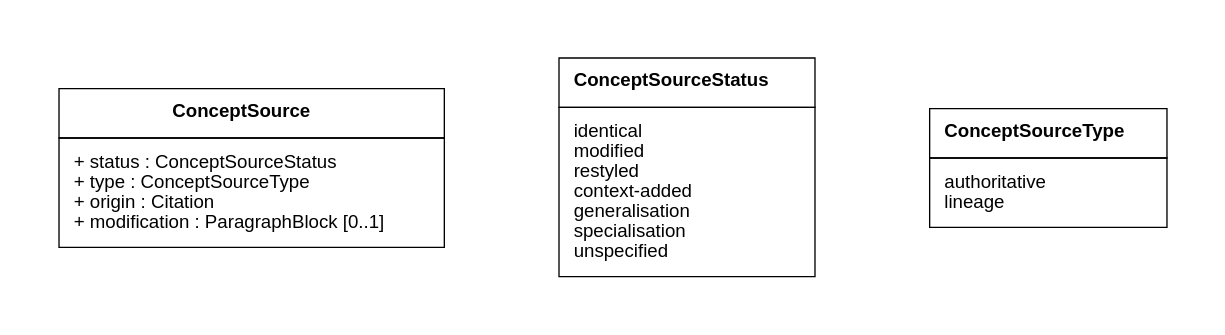
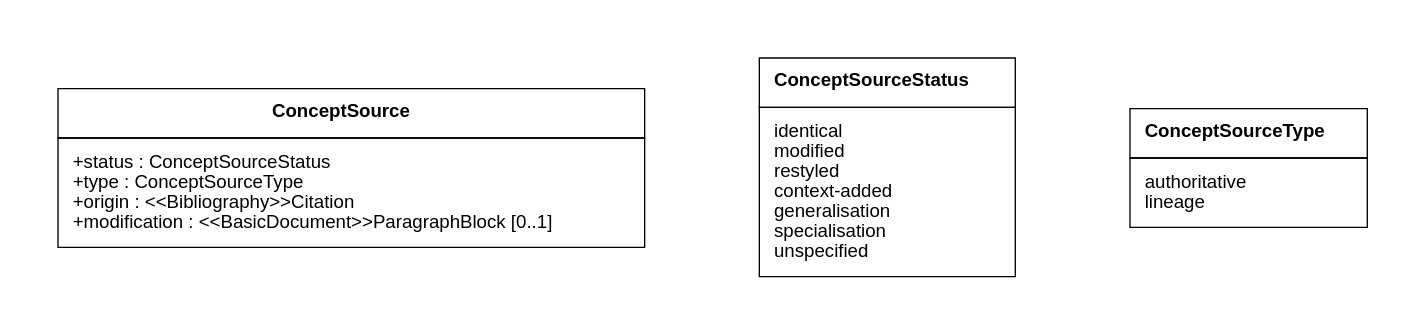
Before and after one commit to glossarist/concept-model: the diagram in lutaml/ConceptSource.dot, drawn with Graphviz. The commit also changed 7 other files, not shown here.

```diff
--- a/lutaml/ConceptSource.dot
+++ b/lutaml/ConceptSource.dot
@@ -1,68 +1,68 @@
 digraph G {
   graph [splines="ortho" pad=0.5 ranksep="1.2.equally" nodesep="1.2.equally"]
   edge [color="gray50"]
   node [shape="box" fontname="Helvetica-bold"]
 
   ConceptSource [shape="plain" fontname="Helvetica" label=<
     <TABLE BORDER="0" CELLBORDER="1" CELLSPACING="0" CELLPADDING="10">
     <TR>
     <TD><B>ConceptSource</B></TD>
   </TR>
   
   <TR>
     <TD>
           <TABLE BORDER="0" CELLPADDING="0" CELLSPACING="0">
-            <TR><TD ALIGN="LEFT">+ status : ConceptSourceStatus </TD></TR>
-            <TR><TD ALIGN="LEFT">+ type : ConceptSourceType </TD></TR>
-            <TR><TD ALIGN="LEFT">+ origin : Citation </TD></TR>
-            <TR><TD ALIGN="LEFT">+ modification : ParagraphBlock &#91;0..1&#93;</TD></TR>
+            <TR><TD ALIGN="LEFT">+status : ConceptSourceStatus </TD></TR>
+            <TR><TD ALIGN="LEFT">+type : ConceptSourceType </TD></TR>
+            <TR><TD ALIGN="LEFT">+origin : &#60;&#60;Bibliography&#62;&#62;Citation </TD></TR>
+            <TR><TD ALIGN="LEFT">+modification : &#60;&#60;BasicDocument&#62;&#62;ParagraphBlock &#91;0..1&#93;</TD></TR>
           </TABLE>
         </TD>
   </TR>
   
   </TABLE>
   >]
   
   ConceptSourceStatus [shape="plain" fontname="Helvetica" label=<
     <TABLE BORDER="0" CELLBORDER="1" CELLSPACING="0" CELLPADDING="10">
     <TR>
     <TD><B>ConceptSourceStatus</B></TD>
   </TR>
   
   <TR>
     <TD>
           <TABLE BORDER="0" CELLPADDING="0" CELLSPACING="0">
-            <TR><TD ALIGN="LEFT"> identical</TD></TR>
-            <TR><TD ALIGN="LEFT"> modified</TD></TR>
-            <TR><TD ALIGN="LEFT"> restyled</TD></TR>
-            <TR><TD ALIGN="LEFT"> context-added</TD></TR>
-            <TR><TD ALIGN="LEFT"> generalisation</TD></TR>
-            <TR><TD ALIGN="LEFT"> specialisation</TD></TR>
-            <TR><TD ALIGN="LEFT"> unspecified</TD></TR>
+            <TR><TD ALIGN="LEFT">identical</TD></TR>
+            <TR><TD ALIGN="LEFT">modified</TD></TR>
+            <TR><TD ALIGN="LEFT">restyled</TD></TR>
+            <TR><TD ALIGN="LEFT">context-added</TD></TR>
+            <TR><TD ALIGN="LEFT">generalisation</TD></TR>
+            <TR><TD ALIGN="LEFT">specialisation</TD></TR>
+            <TR><TD ALIGN="LEFT">unspecified</TD></TR>
           </TABLE>
         </TD>
   </TR>
   
   </TABLE>
   >]
   
   ConceptSourceType [shape="plain" fontname="Helvetica" label=<
     <TABLE BORDER="0" CELLBORDER="1" CELLSPACING="0" CELLPADDING="10">
     <TR>
     <TD><B>ConceptSourceType</B></TD>
   </TR>
   
   <TR>
     <TD>
           <TABLE BORDER="0" CELLPADDING="0" CELLSPACING="0">
-            <TR><TD ALIGN="LEFT"> authoritative</TD></TR>
-            <TR><TD ALIGN="LEFT"> lineage</TD></TR>
+            <TR><TD ALIGN="LEFT">authoritative</TD></TR>
+            <TR><TD ALIGN="LEFT">lineage</TD></TR>
           </TABLE>
         </TD>
   </TR>
   
   </TABLE>
   >]
 
 
 }
```
